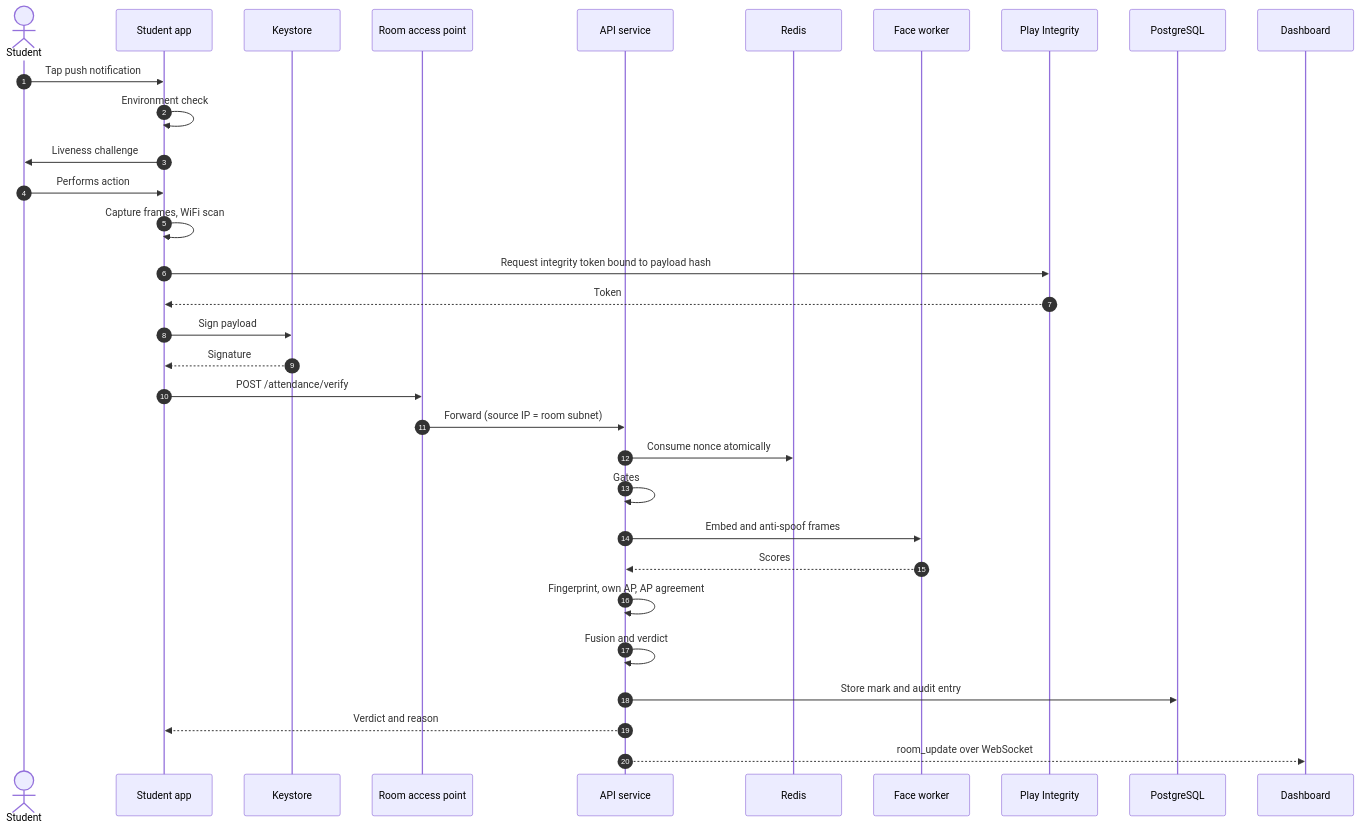
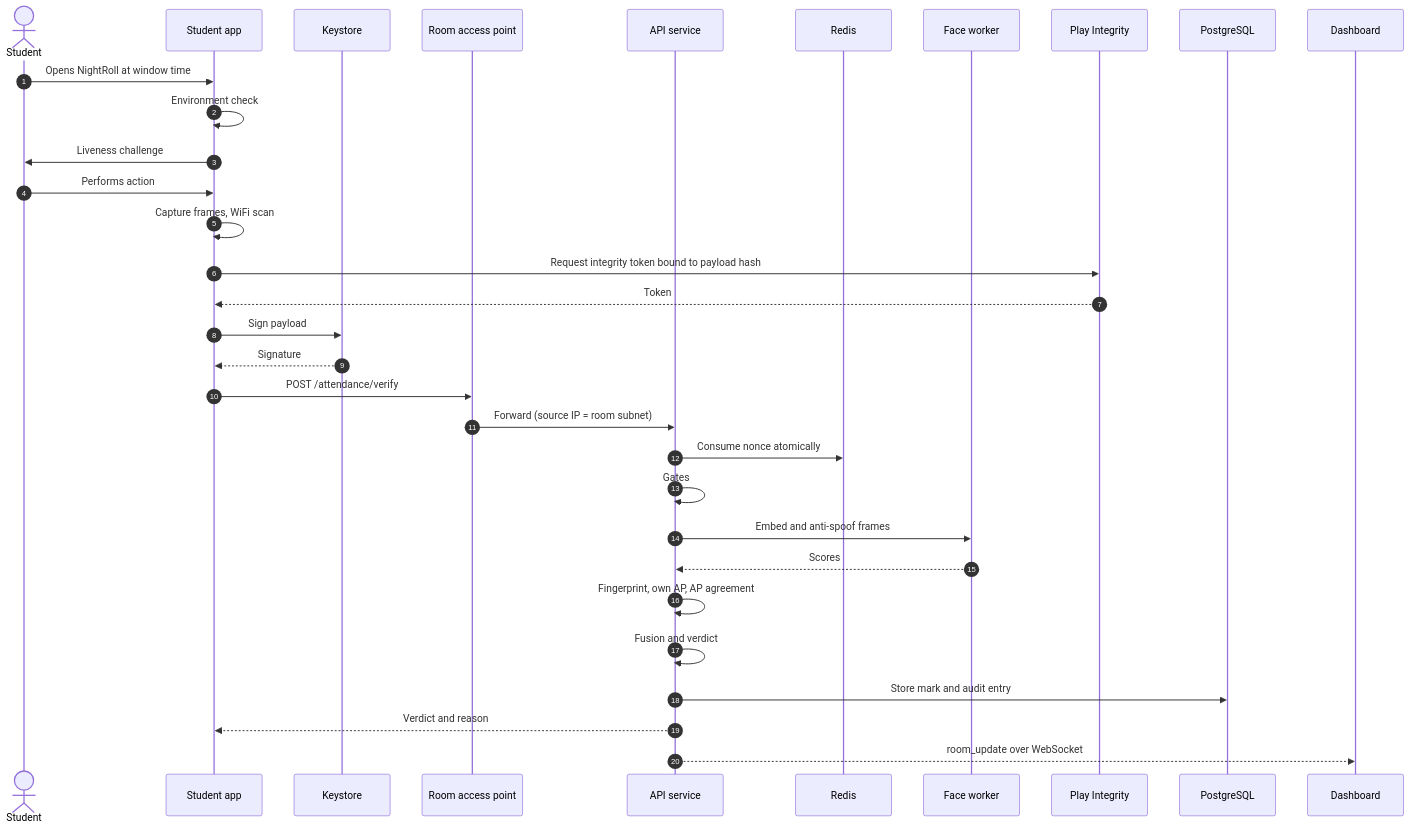
Before and after one commit to Rahul-8283/NightRoll: the sixth of 10 diagrams in docs/architecture.md, drawn with Mermaid. The commit also changed other lines of this file and 14 other files, not shown here.

Commit message:
docs: replace Firebase push with open-app model across docs and phases

````diff
--- a/docs/architecture.md
+++ b/docs/architecture.md
@@ -265,35 +256,35 @@
 ```mermaid
 sequenceDiagram
     autonumber
     actor Student
     participant App as Student app
     participant Ks as Keystore
     participant AP as Room access point
     participant API as API service
     participant R as Redis
     participant Face as Face worker
     participant PI as Play Integrity
     participant DB as PostgreSQL
     participant Dash as Dashboard
 
-    Student->>App: Tap push notification
+    Student->>App: Opens NightRoll at window time
     App->>App: Environment check
     App->>Student: Liveness challenge
     Student->>App: Performs action
     App->>App: Capture frames, WiFi scan
     App->>PI: Request integrity token bound to payload hash
     PI-->>App: Token
     App->>Ks: Sign payload
     Ks-->>App: Signature
     App->>AP: POST /attendance/verify
     AP->>API: Forward (source IP = room subnet)
     API->>R: Consume nonce atomically
     API->>API: Gates
     API->>Face: Embed and anti-spoof frames
     Face-->>API: Scores
     API->>API: Fingerprint, own AP, AP agreement
     API->>API: Fusion and verdict
     API->>DB: Store mark and audit entry
     API-->>App: Verdict and reason
     API-->>Dash: room_update over WebSocket
 ```
````
